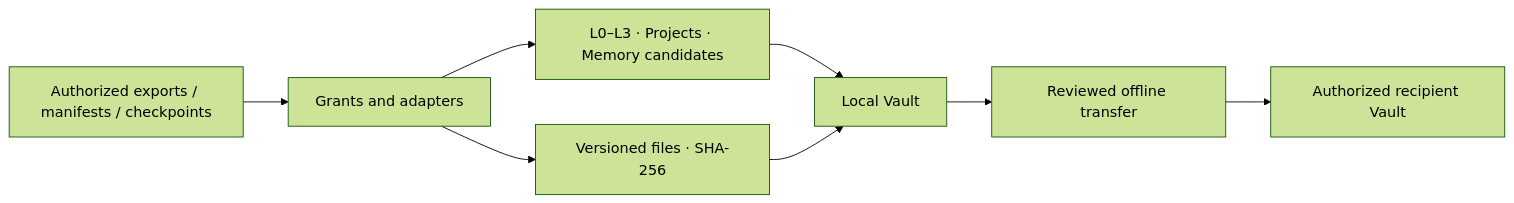
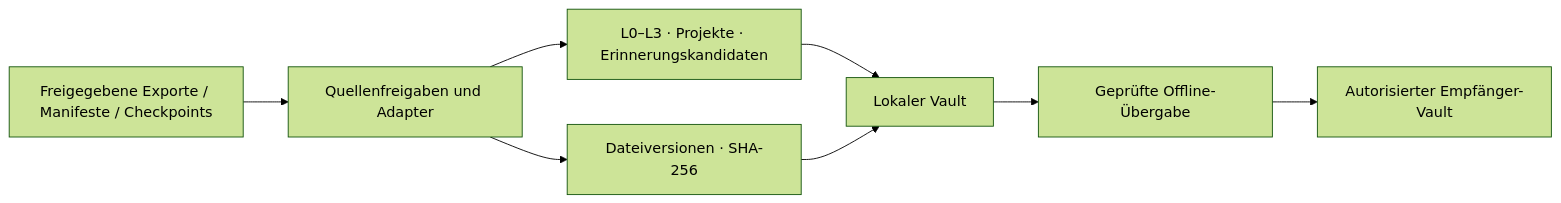
Before and after one commit to ranchen-love/ai-memory-hub-v2-1-review: the diagram in README.de.md, drawn with Mermaid (forest theme).

Commit message:
docs(i18n): localize architecture diagram in README.de.md

````diff
--- a/README.de.md
+++ b/README.de.md
@@ -25,10 +25,10 @@
 ```mermaid
 flowchart LR
-  A["Authorized exports / manifests / checkpoints"] --> B["Grants and adapters"]
-  B --> C["L0–L3 · Projects · Memory candidates"]
-  B --> D["Versioned files · SHA-256"]
-  C --> E["Local Vault"]
+  A["Freigegebene Exporte / Manifeste / Checkpoints"] --> B["Quellenfreigaben und Adapter"]
+  B --> C["L0–L3 · Projekte · Erinnerungskandidaten"]
+  B --> D["Dateiversionen · SHA-256"]
+  C --> E["Lokaler Vault"]
   D --> E
-  E --> F["Reviewed offline transfer"]
-  F --> G["Authorized recipient Vault"]
+  E --> F["Geprüfte Offline-Übergabe"]
+  F --> G["Autorisierter Empfänger-Vault"]
 ```
````
